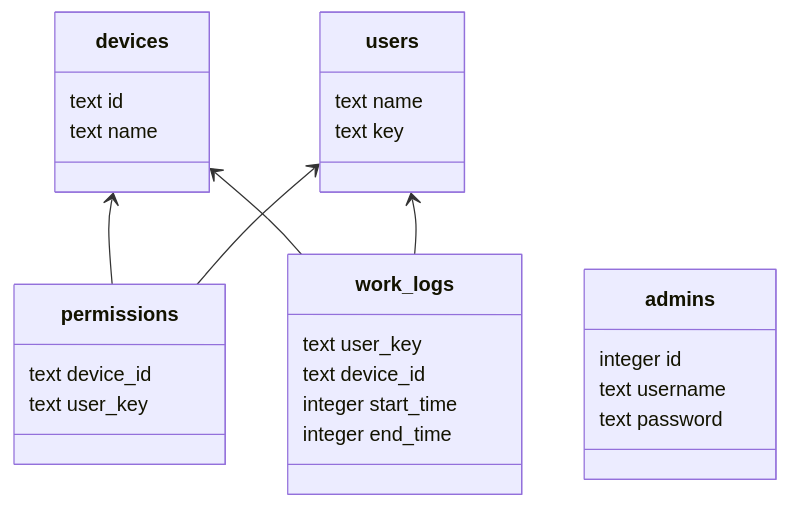
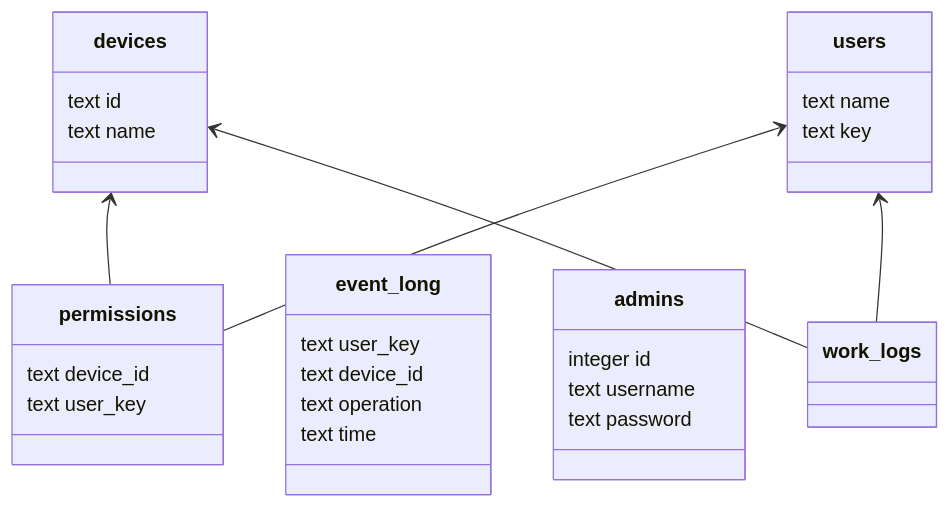
The diagram in docs/database.md (hacklabkyiv/prismo), drawn with Mermaid before and after one commit. The commit also changed other lines of this file, not shown here.

Commit message:
Migrate to new database schema and update the log work flow

````diff
--- a/docs/database.md
+++ b/docs/database.md
@@ -59,35 +23,35 @@
 ```mermaid
 classDiagram
-    direction BT
-    class devices {
-        text id
-        text name
-    }
-    class permissions {
-        text device_id
-        text user_key
-    }
+  direction BT
+  class devices {
+    text id
+    text name
+  }
+  class permissions {
+    text device_id
+    text user_key
+  }
 
-    class users {
-        text name
-        text key
-    }
+  class users {
+    text name
+    text key
+  }
 
-    class work_logs {
-        text user_key
-        text device_id
-        integer start_time
-        integer end_time
-    }
+  class event_long {
+    text user_key
+    text device_id
+    text operation
+    text time
+  }
 
-    class admins {
-        integer id
-        text username
-        text password
-    }
+  class admins {
+    integer id
+    text username
+    text password
+  }
 
-    permissions --> devices
-    work_logs --> devices
-    work_logs --> users
-    permissions --> users
+  permissions --> devices
+  work_logs --> devices
+  work_logs --> users
+  permissions --> users
 ```
````
